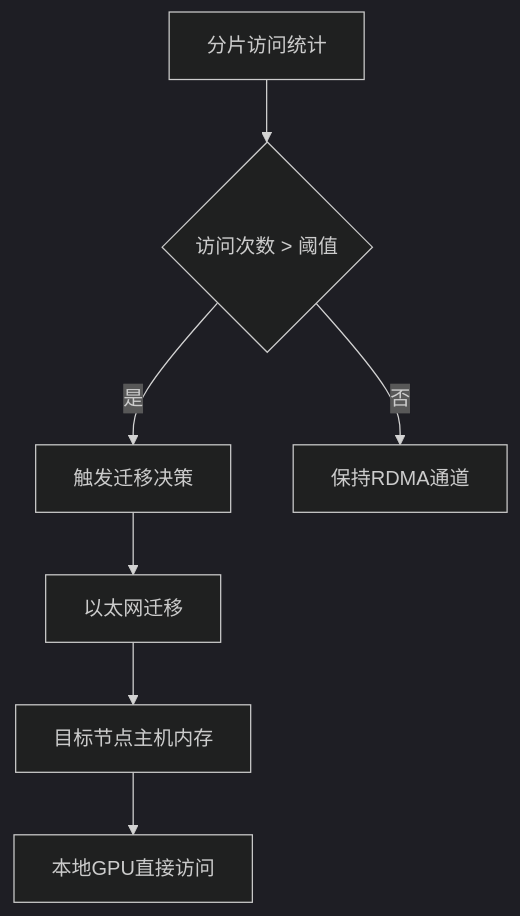
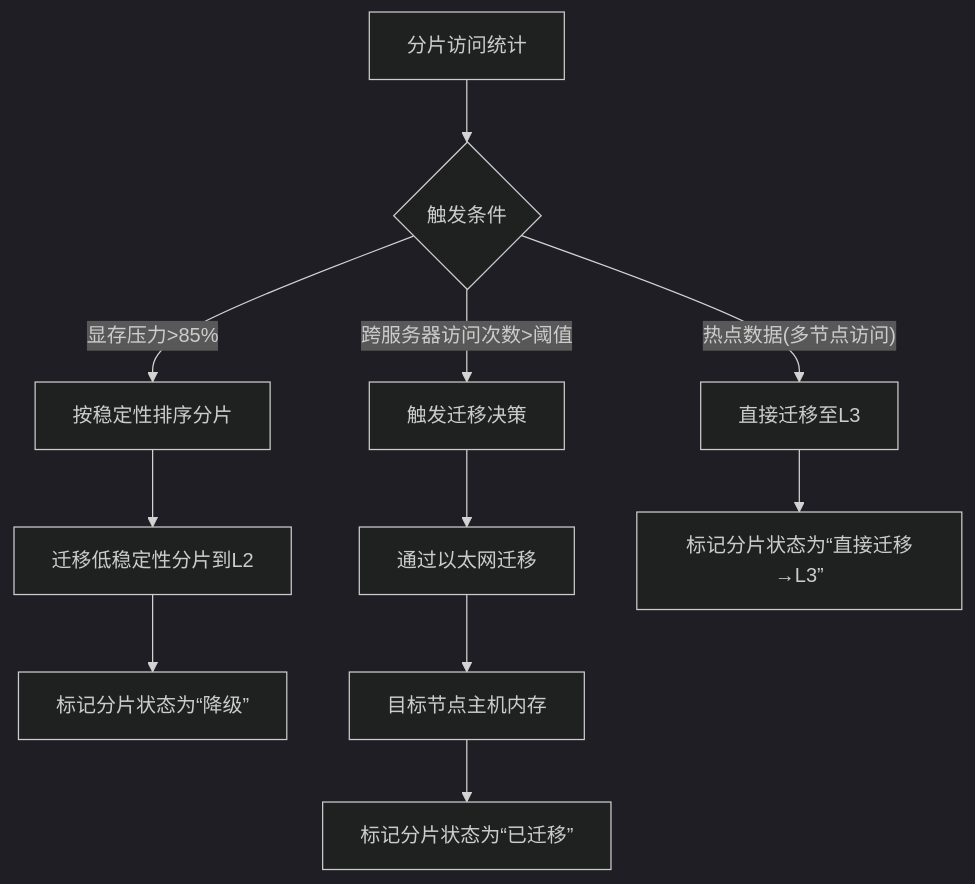
Before and after one commit to hiicl/Helios-Calculation: the third of 5 diagrams in README.md, drawn with Mermaid (dark theme). The commit also changed other lines of this file, not shown here.

````diff
--- a/README.md
+++ b/README.md
@@ -177,9 +177,13 @@
 ```mermaid
 graph TB
-    A[分片访问统计] --> B{访问次数 > 阈值}
-    B -->|是| C[触发迁移决策]
-    C --> D[以太网迁移]
-    D --> E[目标节点主机内存]
-    E --> F[本地GPU直接访问]
-    B -->|否| G[保持RDMA通道]
+    A[分片访问统计] --> B{触发条件}
+    B -->|显存压力>85%| C[按稳定性排序分片]
+    B -->|跨服务器访问次数>阈值| D[触发迁移决策]
+    B -->|"热点数据(多节点访问)"| E[直接迁移至L3]
+    C --> F[迁移低稳定性分片到L2]
+    F --> G[标记分片状态为“降级”]
+    D --> H[通过以太网迁移]
+    H --> I[目标节点主机内存]
+    I --> J[标记分片状态为“已迁移”]
+    E --> K[标记分片状态为“直接迁移→L3”]
 ```
````
